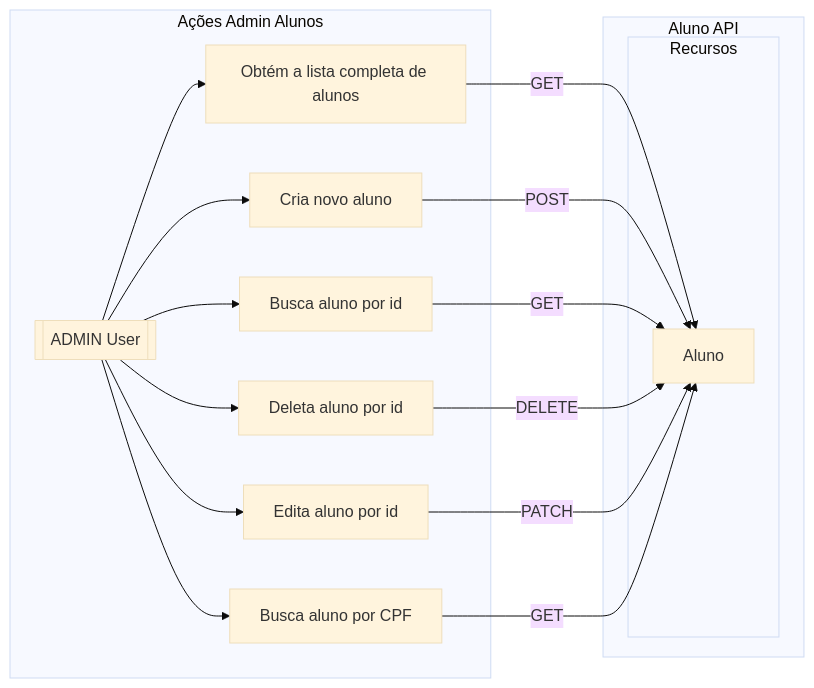
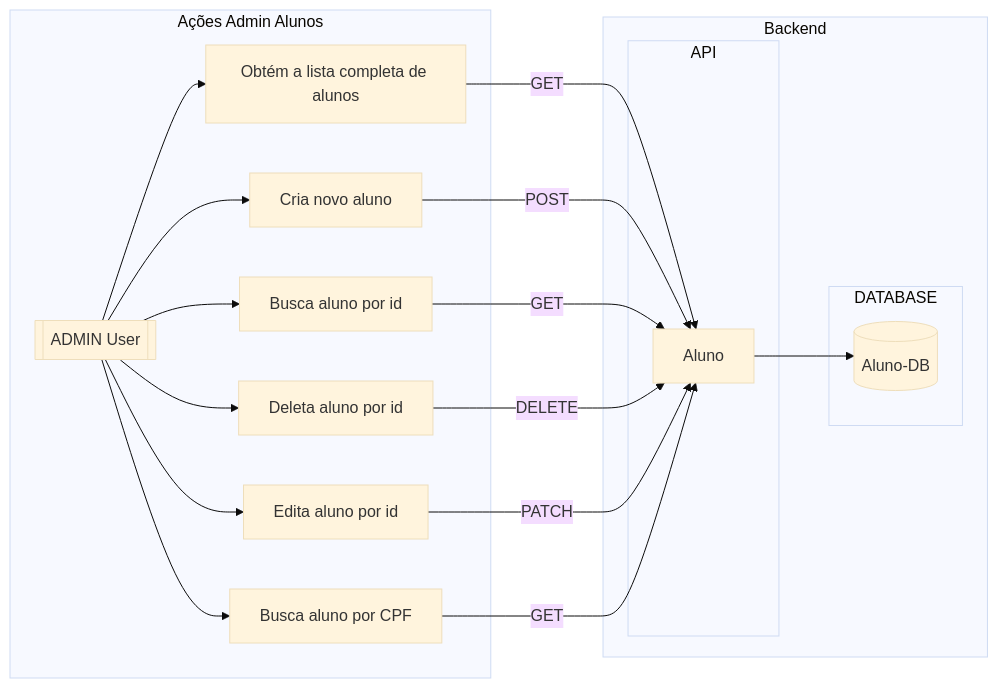
One commit to jtonynet/api-gin-rest changed the diagram in README.md. Above: the diagram before and after it, drawn with Mermaid (base theme). The commit also changed other lines of this file and 9 other files, not shown here.

````diff
--- a/README.md
+++ b/README.md
@@ -114,32 +114,38 @@
 ```mermaid
 graph LR
   subgraph Ações Admin Alunos
     A[[ADMIN User]]
     B["Obtém a lista completa de alunos"]
     C["Cria novo aluno"]
     D["Busca aluno por id"]
     E["Deleta aluno por id"]
     F["Edita aluno por id"]
     G["Busca aluno por CPF"]
   end
 
-  subgraph Aluno API
-    subgraph Recursos
+  subgraph Backend 
+    subgraph API
       Aluno["Aluno"]
     end
+
+    subgraph DATABASE
+      Aluno-DB[("Aluno-DB")]
+    end    
   end
 
   A --> B
   A --> C
   A --> D
   A --> E
   A --> F
   A --> G
 
   B -->|GET| Aluno
   C -->|POST| Aluno
   D -->|GET| Aluno
   E -->|DELETE| Aluno
   F -->|PATCH| Aluno
   G -->|GET| Aluno
+
+  Aluno --> Aluno-DB
 ```
````
